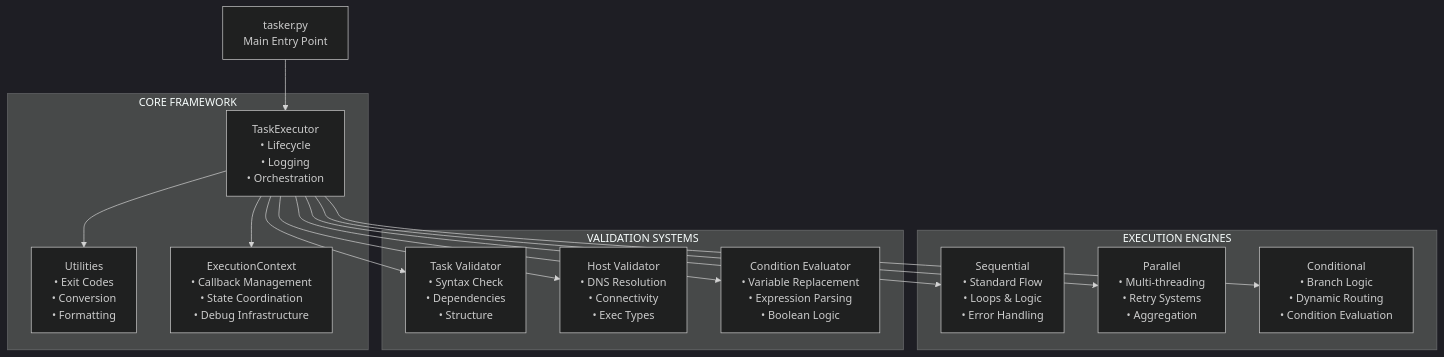
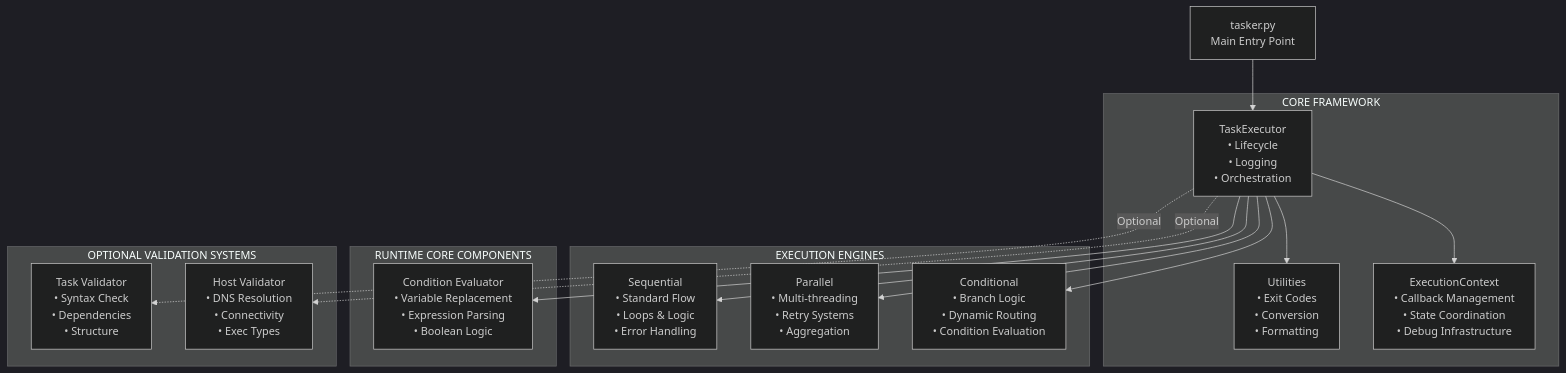
The fourth of 4 diagrams in README.md (bastelbude1/Tasker), drawn with Mermaid (dark theme) before and after one commit. The commit also changed other lines of this file, not shown here.

First line of the commit message:
📚 Restructure validation documentation with logical separation

````diff
--- a/README.md
+++ b/README.md
@@ -201,32 +201,35 @@
 ```mermaid
 graph TD
     MAIN[tasker.py<br/>Main Entry Point]
 
     subgraph "CORE FRAMEWORK"
         EXEC[TaskExecutor<br/>• Lifecycle<br/>• Logging<br/>• Orchestration]
         UTIL[Utilities<br/>• Exit Codes<br/>• Conversion<br/>• Formatting]
         CTX[ExecutionContext<br/>• Callback Management<br/>• State Coordination<br/>• Debug Infrastructure]
     end
 
     subgraph "EXECUTION ENGINES"
         SEQ_ENG[Sequential<br/>• Standard Flow<br/>• Loops & Logic<br/>• Error Handling]
         PAR_ENG[Parallel<br/>• Multi-threading<br/>• Retry Systems<br/>• Aggregation]
         COND_ENG[Conditional<br/>• Branch Logic<br/>• Dynamic Routing<br/>• Condition Evaluation]
     end
 
-    subgraph "VALIDATION SYSTEMS"
+    subgraph "RUNTIME CORE COMPONENTS"
+        COND_VAL[Condition Evaluator<br/>• Variable Replacement<br/>• Expression Parsing<br/>• Boolean Logic]
+    end
+
+    subgraph "OPTIONAL VALIDATION SYSTEMS"
         TASK_VAL[Task Validator<br/>• Syntax Check<br/>• Dependencies<br/>• Structure]
         HOST_VAL[Host Validator<br/>• DNS Resolution<br/>• Connectivity<br/>• Exec Types]
-        COND_VAL[Condition Evaluator<br/>• Variable Replacement<br/>• Expression Parsing<br/>• Boolean Logic]
     end
 
     MAIN --> EXEC
     EXEC --> UTIL
     EXEC --> CTX
+    EXEC --> COND_VAL
     EXEC --> SEQ_ENG
     EXEC --> PAR_ENG
     EXEC --> COND_ENG
-    EXEC --> TASK_VAL
-    EXEC --> HOST_VAL
-    EXEC --> COND_VAL
+    EXEC -.->|Optional| TASK_VAL
+    EXEC -.->|Optional| HOST_VAL
 ```
````
